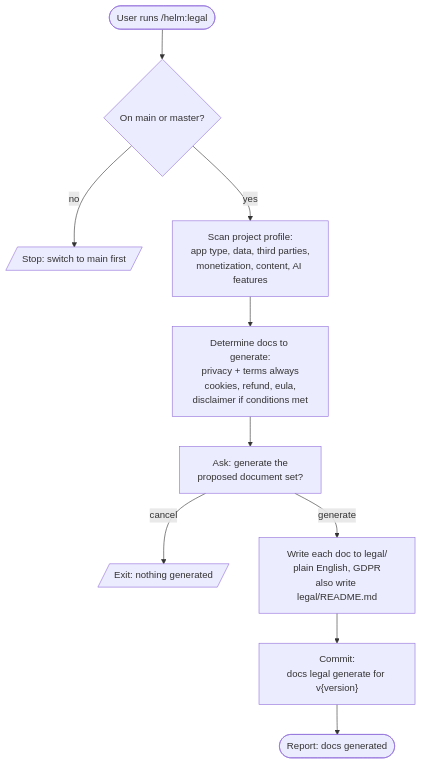
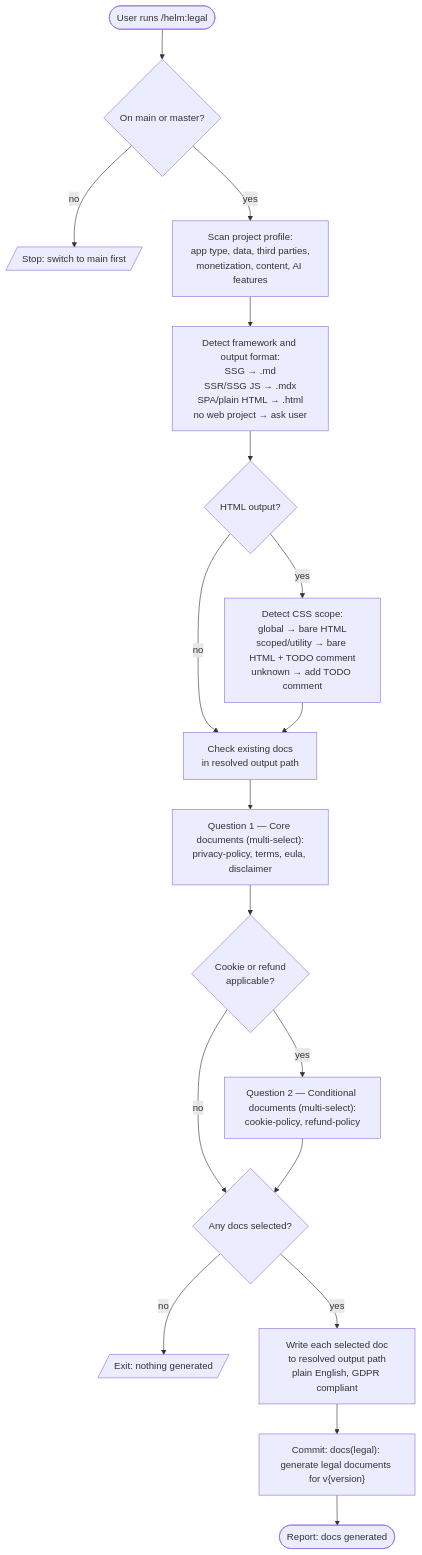
Before and after one commit to myowinthein/agent-helm: the diagram in docs/commands/legal.md, drawn with Mermaid. The commit also changed other lines of this file, not shown here.

Commit message:
docs(legal): update command doc to reflect current workflow

````diff
--- a/docs/commands/legal.md
+++ b/docs/commands/legal.md
@@ -13,14 +13,25 @@
 ```mermaid
 flowchart TD
   Start([User runs /helm:legal]) --> Branch{On main or master?}
   Branch -->|no| Stop[/Stop: switch to main first/]
   Branch -->|yes| Scan[Scan project profile:<br/>app type, data, third parties,<br/>monetization, content, AI features]
 
-  Scan --> Determine[Determine docs to generate:<br/>privacy + terms always<br/>cookies, refund, eula,<br/>disclaimer if conditions met]
+  Scan --> Framework[Detect framework and output format:<br/>SSG → .md<br/>SSR/SSG JS → .mdx<br/>SPA/plain HTML → .html<br/>no web project → ask user]
 
-  Determine --> Confirm[Ask: generate the<br/>proposed document set?]
-  Confirm -->|cancel| Cancel[/Exit: nothing generated/]
-  Confirm -->|generate| Write[Write each doc to legal/<br/>plain English, GDPR<br/>also write legal/README.md]
-  Write --> Commit["Commit:<br/>docs legal generate for v{version}"]
+  Framework --> CSS{HTML output?}
+  CSS -->|yes| CSSDetect[Detect CSS scope:<br/>global → bare HTML<br/>scoped/utility → bare HTML + TODO comment<br/>unknown → add TODO comment]
+  CSS -->|no| Existing
+  CSSDetect --> Existing[Check existing docs<br/>in resolved output path]
+
+  Existing --> Q1["Question 1 — Core documents (multi-select):<br/>privacy-policy, terms, eula, disclaimer"]
+  Q1 --> Q2{Cookie or refund<br/>applicable?}
+  Q2 -->|yes| Q2ask["Question 2 — Conditional documents (multi-select):<br/>cookie-policy, refund-policy"]
+  Q2 -->|no| Generate
+  Q2ask --> Generate
+
+  Generate{Any docs selected?}
+  Generate -->|no| Cancel[/Exit: nothing generated/]
+  Generate -->|yes| Write[Write each selected doc<br/>to resolved output path<br/>plain English, GDPR compliant]
+  Write --> Commit["Commit: docs(legal): generate legal documents for v{version}"]
   Commit --> Done([Report: docs generated])
 ```
````
